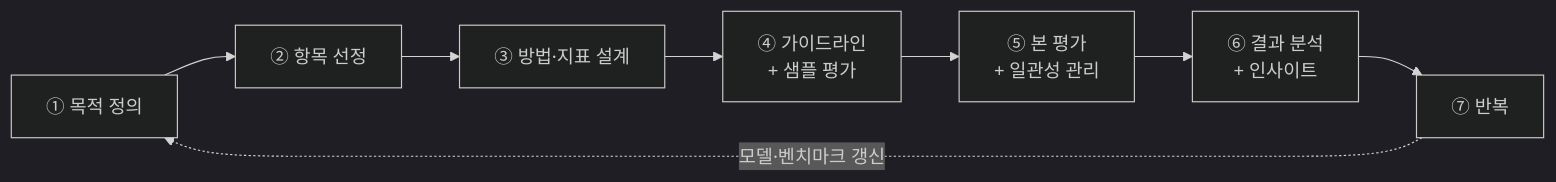
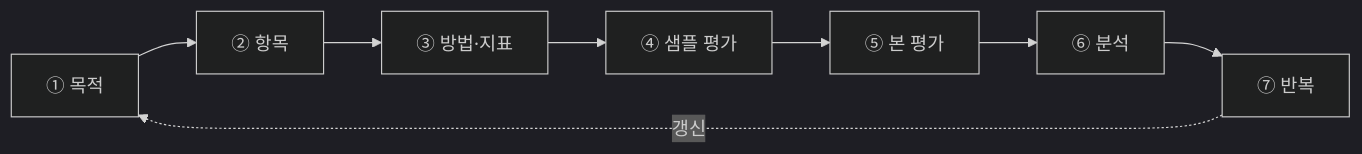
Before and after one commit to sxungm12n/sxungm12n.github.io: the diagram in _posts/2026-07-15-llm-evaluation.md, drawn with Mermaid (dark theme). The commit also changed other lines of this file and 1 other file, not shown here.

````diff
--- a/_posts/2026-07-15-llm-evaluation.md
+++ b/_posts/2026-07-15-llm-evaluation.md
@@ -252,10 +233,10 @@
 ```mermaid
 flowchart LR
-    P["① 목적 정의"] --> I["② 항목 선정"]
-    I --> M["③ 방법·지표 설계"]
-    M --> G["④ 가이드라인<br/>+ 샘플 평가"]
-    G --> R["⑤ 본 평가<br/>+ 일관성 관리"]
-    R --> A["⑥ 결과 분석<br/>+ 인사이트"]
+    P["① 목적"] --> I["② 항목"]
+    I --> M["③ 방법·지표"]
+    M --> G["④ 샘플 평가"]
+    G --> R["⑤ 본 평가"]
+    R --> A["⑥ 분석"]
     A --> L["⑦ 반복"]
-    L -.모델·벤치마크 갱신.-> P
+    L -.갱신.-> P
 ```
````
